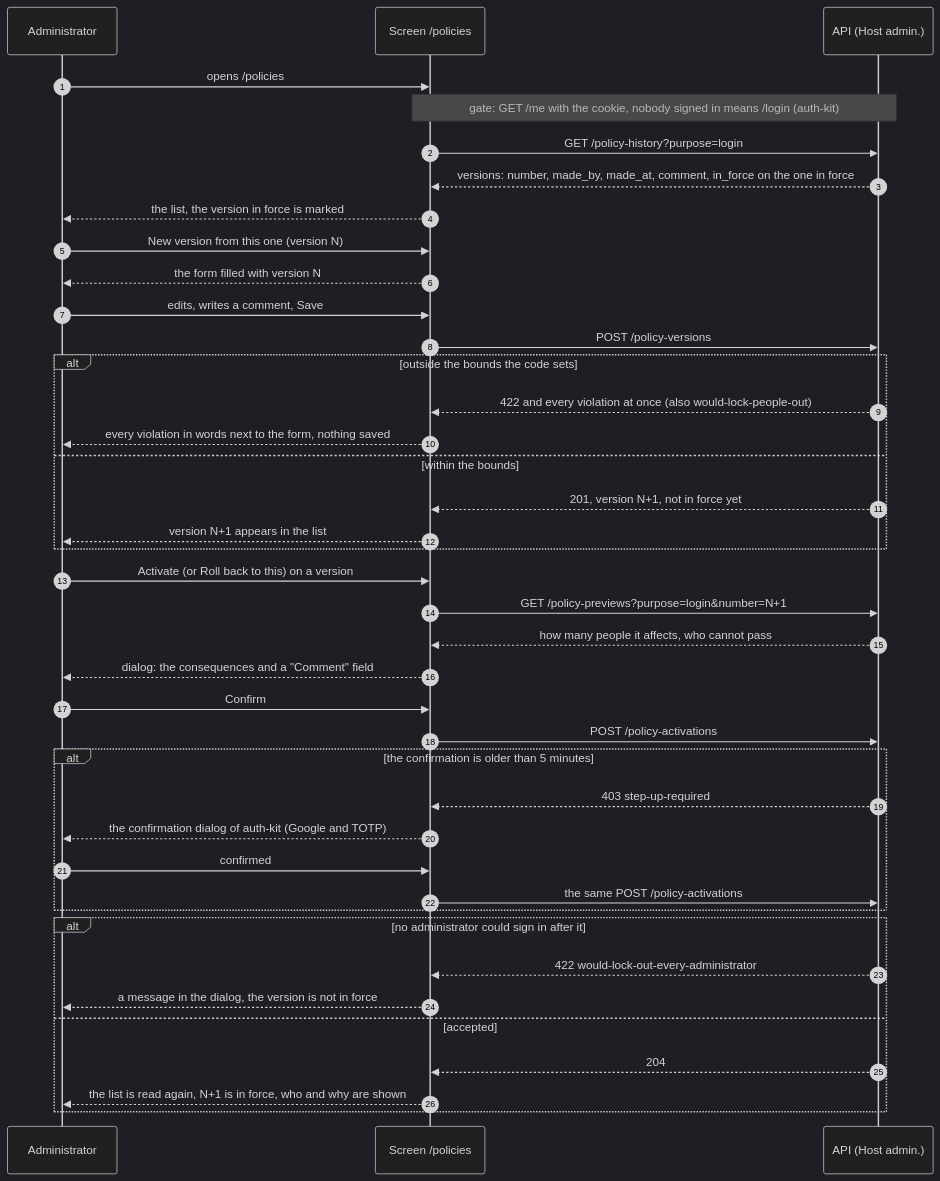
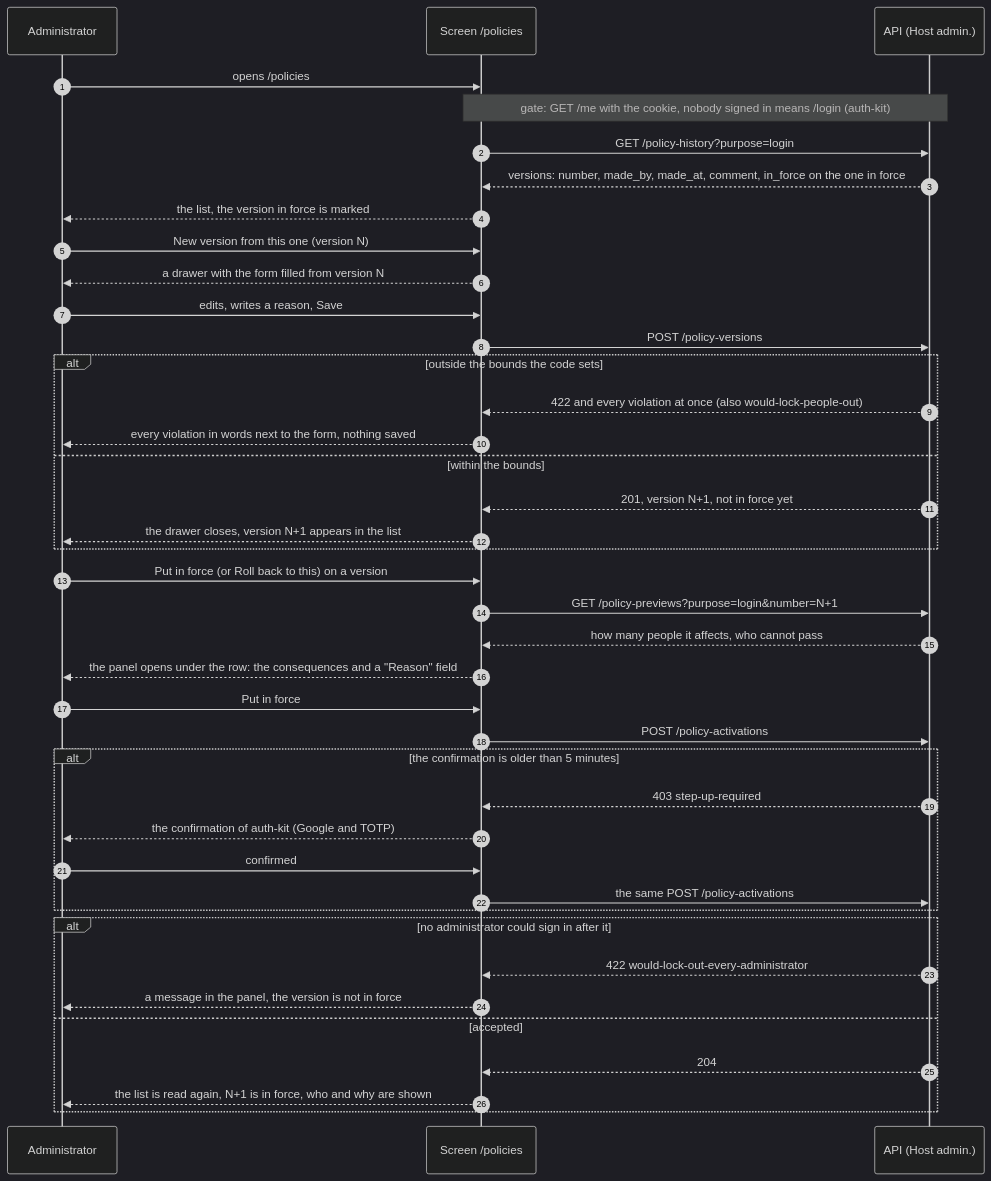
The fourth of 6 diagrams in docs/backend/07-authentication-slice-7-admin.md (yuriisurzhykov/Tallyvane), drawn with Mermaid (dark theme) before and after one commit. The commit also changed other lines of this file and 103 other files, not shown here.

````diff
--- a/docs/backend/07-authentication-slice-7-admin.md
+++ b/docs/backend/07-authentication-slice-7-admin.md
@@ -366,42 +368,42 @@
 ```mermaid
 sequenceDiagram
     autonumber
     participant A as Administrator
     participant S as Screen /policies
     participant K as API (Host admin.)
     A->>S: opens /policies
     Note over S,K: gate: GET /me with the cookie, nobody signed in means /login (auth-kit)
     S->>K: GET /policy-history?purpose=login
     K-->>S: versions: number, made_by, made_at, comment, in_force on the one in force
     S-->>A: the list, the version in force is marked
     A->>S: New version from this one (version N)
-    S-->>A: the form filled with version N
-    A->>S: edits, writes a comment, Save
+    S-->>A: a drawer with the form filled from version N
+    A->>S: edits, writes a reason, Save
     S->>K: POST /policy-versions
     alt outside the bounds the code sets
         K-->>S: 422 and every violation at once (also would-lock-people-out)
         S-->>A: every violation in words next to the form, nothing saved
     else within the bounds
         K-->>S: 201, version N+1, not in force yet
-        S-->>A: version N+1 appears in the list
+        S-->>A: the drawer closes, version N+1 appears in the list
     end
-    A->>S: Activate (or Roll back to this) on a version
+    A->>S: Put in force (or Roll back to this) on a version
     S->>K: GET /policy-previews?purpose=login&number=N+1
     K-->>S: how many people it affects, who cannot pass
-    S-->>A: dialog: the consequences and a "Comment" field
-    A->>S: Confirm
+    S-->>A: the panel opens under the row: the consequences and a "Reason" field
+    A->>S: Put in force
     S->>K: POST /policy-activations
     alt the confirmation is older than 5 minutes
         K-->>S: 403 step-up-required
-        S-->>A: the confirmation dialog of auth-kit (Google and TOTP)
+        S-->>A: the confirmation of auth-kit (Google and TOTP)
         A->>S: confirmed
         S->>K: the same POST /policy-activations
     end
     alt no administrator could sign in after it
         K-->>S: 422 would-lock-out-every-administrator
-        S-->>A: a message in the dialog, the version is not in force
+        S-->>A: a message in the panel, the version is not in force
     else accepted
         K-->>S: 204
         S-->>A: the list is read again, N+1 is in force, who and why are shown
     end
 ```
````
